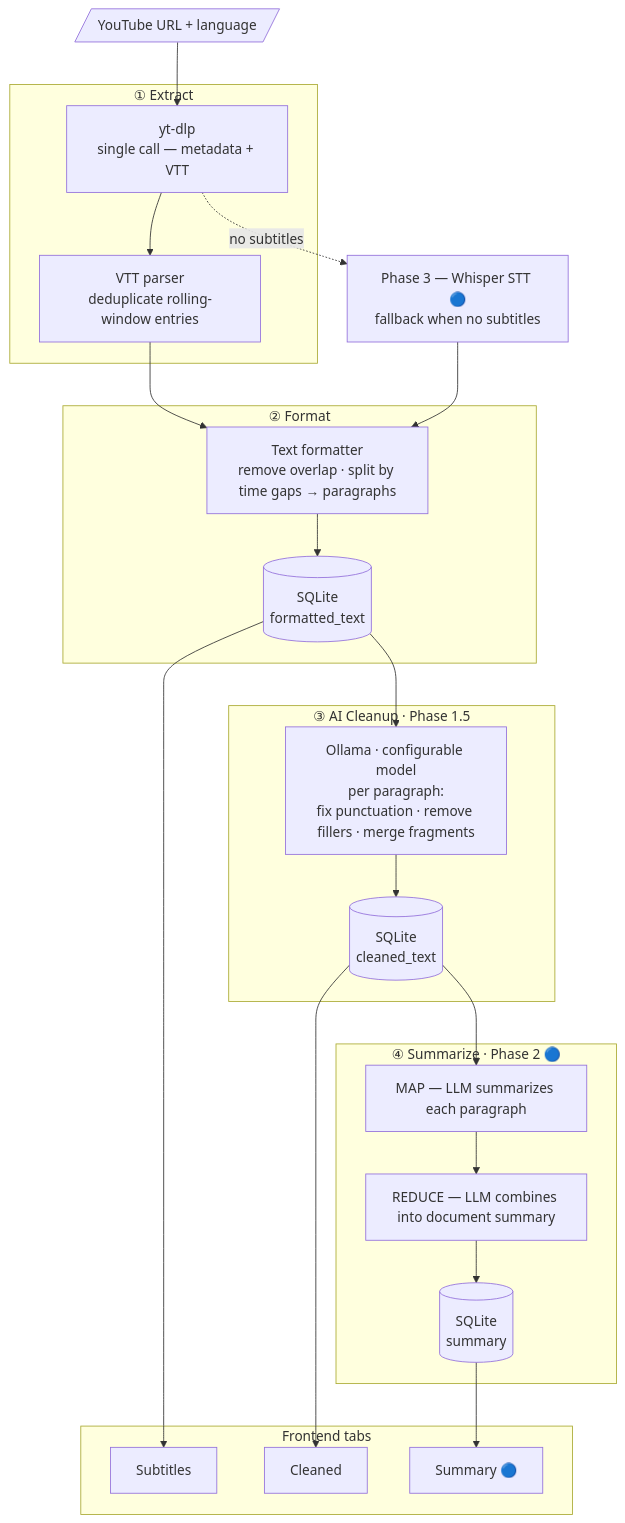
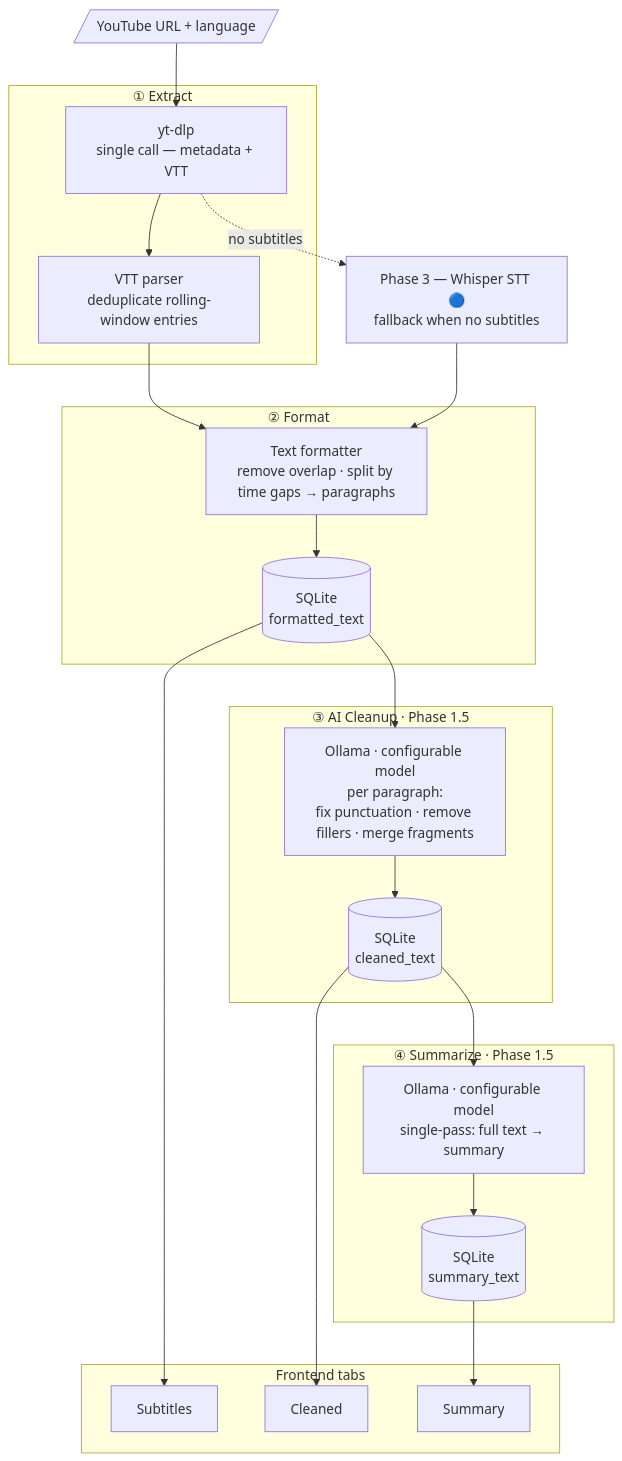
The diagram in README.md (ioncat/yt-summarizer), drawn with Mermaid before and after one commit. The commit also changed other lines of this file and 10 other files, not shown here.

````diff
--- a/README.md
+++ b/README.md
@@ -34,34 +34,33 @@
 ```mermaid
 flowchart TD
     URL[/"YouTube URL + language"/] --> EXT
 
     subgraph step1 ["① Extract"]
         EXT["yt-dlp\nsingle call — metadata + VTT"]
         EXT --> PARSE["VTT parser\ndeduplicate rolling-window entries"]
     end
 
     subgraph step2 ["② Format"]
         PARSE --> FMT["Text formatter\nremove overlap · split by time gaps → paragraphs"]
         FMT --> DB1[("SQLite\nformatted_text")]
     end
 
     subgraph step3 ["③ AI Cleanup · Phase 1.5"]
         DB1 --> LLM["Ollama · configurable model\nper paragraph:\nfix punctuation · remove fillers · merge fragments"]
         LLM --> DB2[("SQLite\ncleaned_text")]
     end
 
-    subgraph step4 ["④ Summarize · Phase 2 🔵"]
-        DB2 --> MAP["MAP — LLM summarizes each paragraph"]
-        MAP --> RED["REDUCE — LLM combines into document summary"]
-        RED --> DB3[("SQLite\nsummary")]
+    subgraph step4 ["④ Summarize · Phase 1.5"]
+        DB2 --> SUM["Ollama · configurable model\nsingle-pass: full text → summary"]
+        SUM --> DB3[("SQLite\nsummary_text")]
     end
 
     subgraph ui ["Frontend tabs"]
         DB1 --> T1["Subtitles"]
         DB2 --> T2["Cleaned"]
-        DB3 --> T3["Summary 🔵"]
+        DB3 --> T3["Summary"]
     end
 
     EXT -. "no subtitles" .-> STT
     STT["Phase 3 — Whisper STT 🔵\nfallback when no subtitles"] --> FMT
 ```
````
